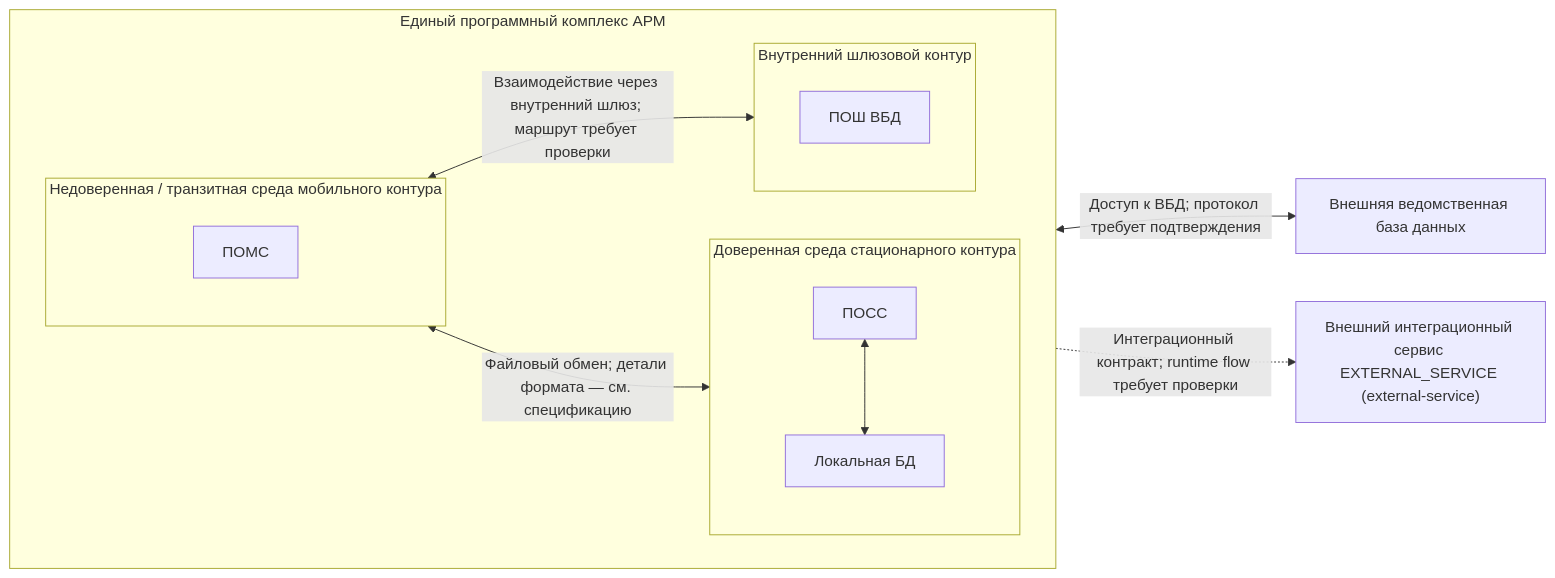
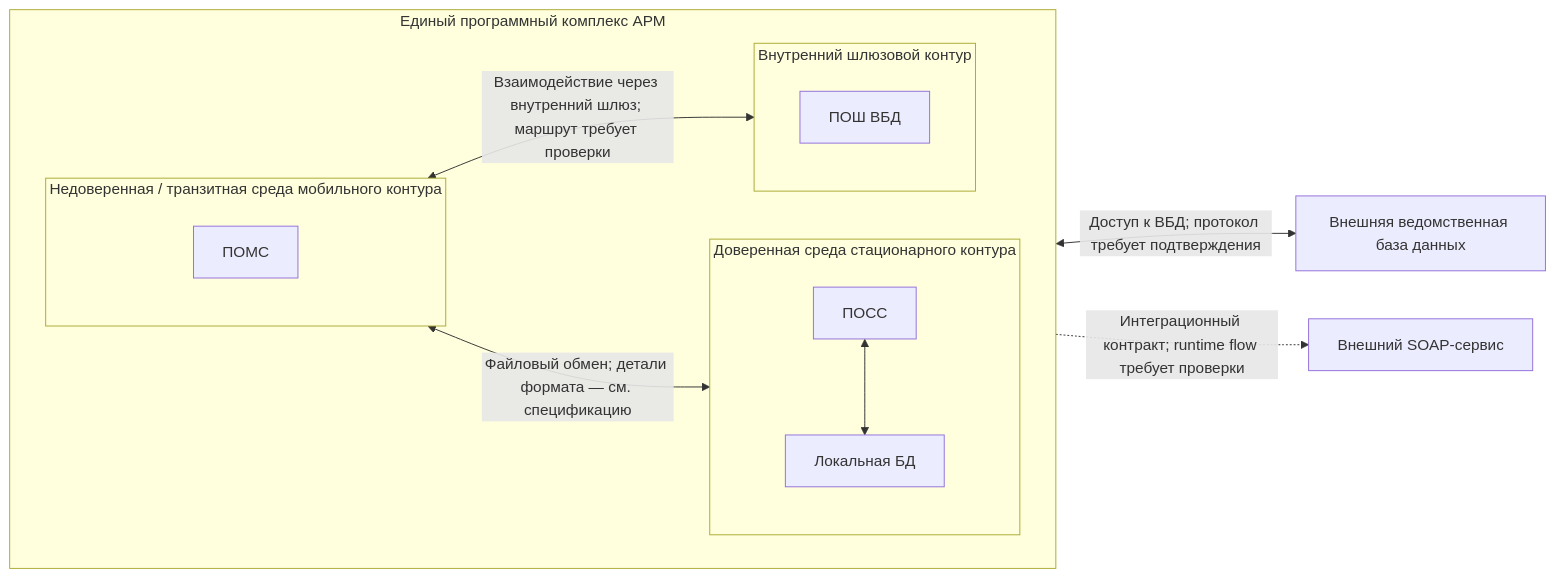
The diagram in specs/docs/07-trust-levels-security-architecture.md (ekatmoz88-alt/territory-descriptor-unified), drawn with Mermaid before and after one commit. The commit also changed other lines of this file and 11 other files, not shown here.

````diff
--- a/specs/docs/07-trust-levels-security-architecture.md
+++ b/specs/docs/07-trust-levels-security-architecture.md
@@ -32,26 +32,26 @@
 ```mermaid
 flowchart LR
   subgraph ARM["Единый программный комплекс АРМ"]
     direction LR
     subgraph STATIONARY["Доверенная среда стационарного контура"]
       direction TB
       POSS["ПОСС"]
       LOCALDB["Локальная БД"]
       POSS <--> LOCALDB
     end
     subgraph TRANSIT["Недоверенная / транзитная среда мобильного контура"]
       direction TB
       POMS["ПОМС"]
     end
     subgraph GATEWAY["Внутренний шлюзовой контур"]
       direction TB
       POSHVBD["ПОШ ВБД"]
     end
     POMS <-->|"Файловый обмен; детали формата — см. спецификацию"| POSS
     POMS <-->|"Взаимодействие через внутренний шлюз; маршрут требует проверки"| POSHVBD
   end
   VBD["Внешняя ведомственная база данных"]
-  EXTERNAL_SERVICE["Внешний интеграционный сервис EXTERNAL_SERVICE (external-service)"]
+  EXTERNAL_SERVICE["Внешний SOAP-сервис"]
   POSHVBD <-->|"Доступ к ВБД; протокол требует подтверждения"| VBD
   ARM -.->|"Интеграционный контракт; runtime flow требует проверки"| EXTERNAL_SERVICE
 ```
````
